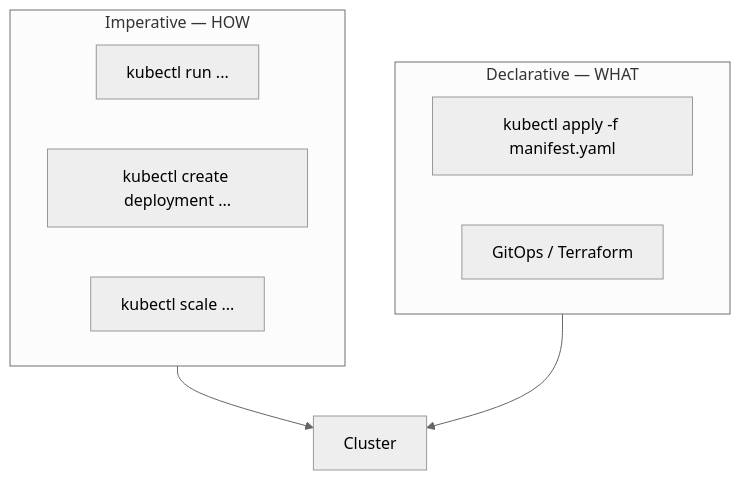
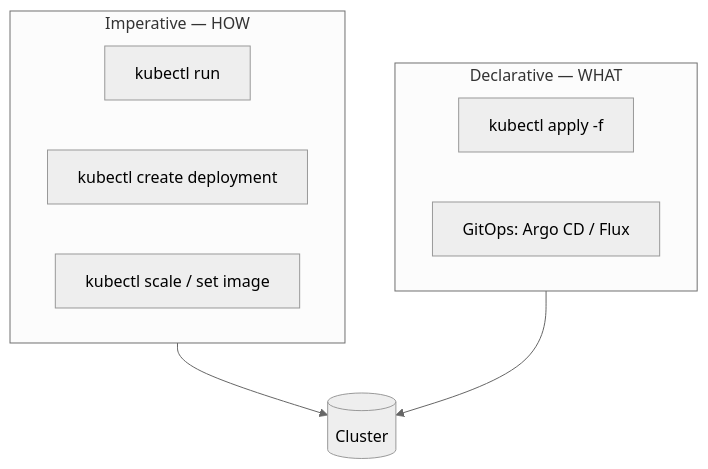
Before and after one commit to AbdelwahabAdam/K8S-notes: the sixth of 10 diagrams in Study/1.Core Concepts/enhanced_readme.md, drawn with Mermaid (neutral theme). The commit also changed other lines of this file and 22 other files, not shown here.

````diff
--- a/Study/1.Core Concepts/enhanced_readme.md
+++ b/Study/1.Core Concepts/enhanced_readme.md
@@ -480,14 +739,14 @@
 ```mermaid
 flowchart TB
     subgraph IMP["Imperative — HOW"]
-        I1[kubectl run ...]
-        I2[kubectl create deployment ...]
-        I3[kubectl scale ...]
+        I1[kubectl run]
+        I2[kubectl create deployment]
+        I3[kubectl scale / set image]
     end
     subgraph DEC["Declarative — WHAT"]
-        D1[kubectl apply -f manifest.yaml]
-        D2[GitOps / Terraform]
+        D1[kubectl apply -f]
+        D2[GitOps: Argo CD / Flux]
     end
-    IMP --> CLUSTER[Cluster]
+    IMP --> CLUSTER[(Cluster)]
     DEC --> CLUSTER
 ```
````
